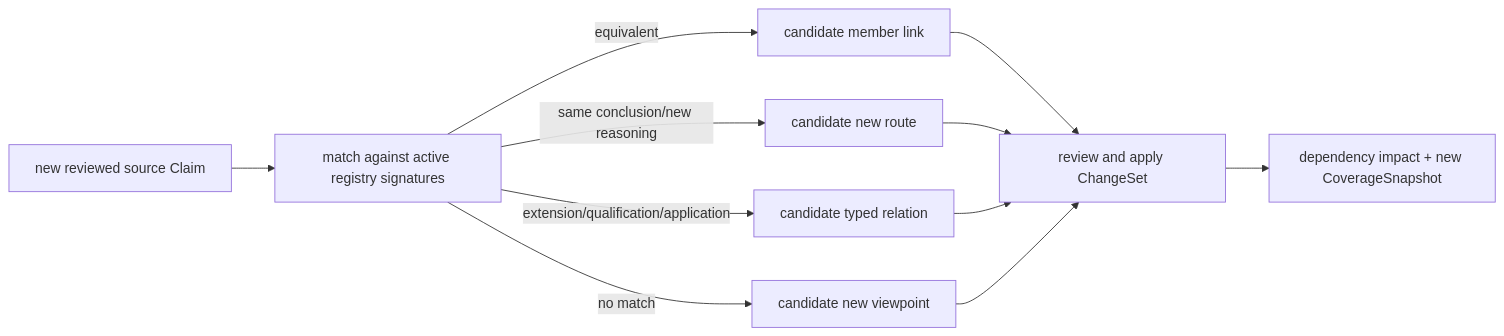
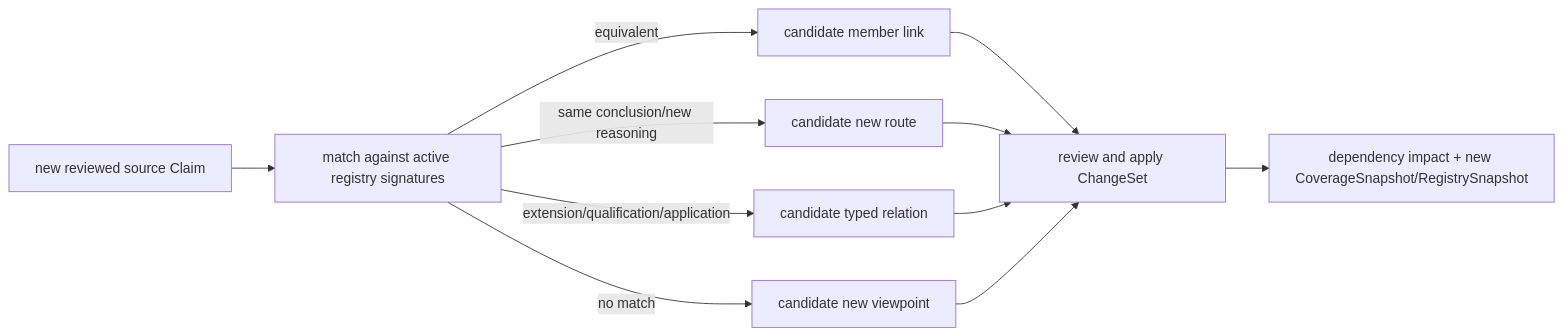
One commit to junyang168/smart-answer changed the third of 3 diagrams in docs/wang-knowledge-platform/canonical_viewpoint_registry_design_v1.md. Above: the diagram before and after it, drawn with Mermaid. The commit also changed other lines of this file and 7 other files, not shown here.

````diff
--- a/docs/wang-knowledge-platform/canonical_viewpoint_registry_design_v1.md
+++ b/docs/wang-knowledge-platform/canonical_viewpoint_registry_design_v1.md
@@ -727,13 +825,13 @@
 ```mermaid
 flowchart LR
     S["new reviewed source Claim"] --> M["match against active registry signatures"]
     M -->|equivalent| L["candidate member link"]
     M -->|same conclusion/new reasoning| R["candidate new route"]
     M -->|extension/qualification/application| G["candidate typed relation"]
     M -->|no match| N["candidate new viewpoint"]
     L --> V["review and apply ChangeSet"]
     R --> V
     G --> V
     N --> V
-    V --> I["dependency impact + new CoverageSnapshot"]
+    V --> I["dependency impact + new CoverageSnapshot/RegistrySnapshot"]
 ```
````
